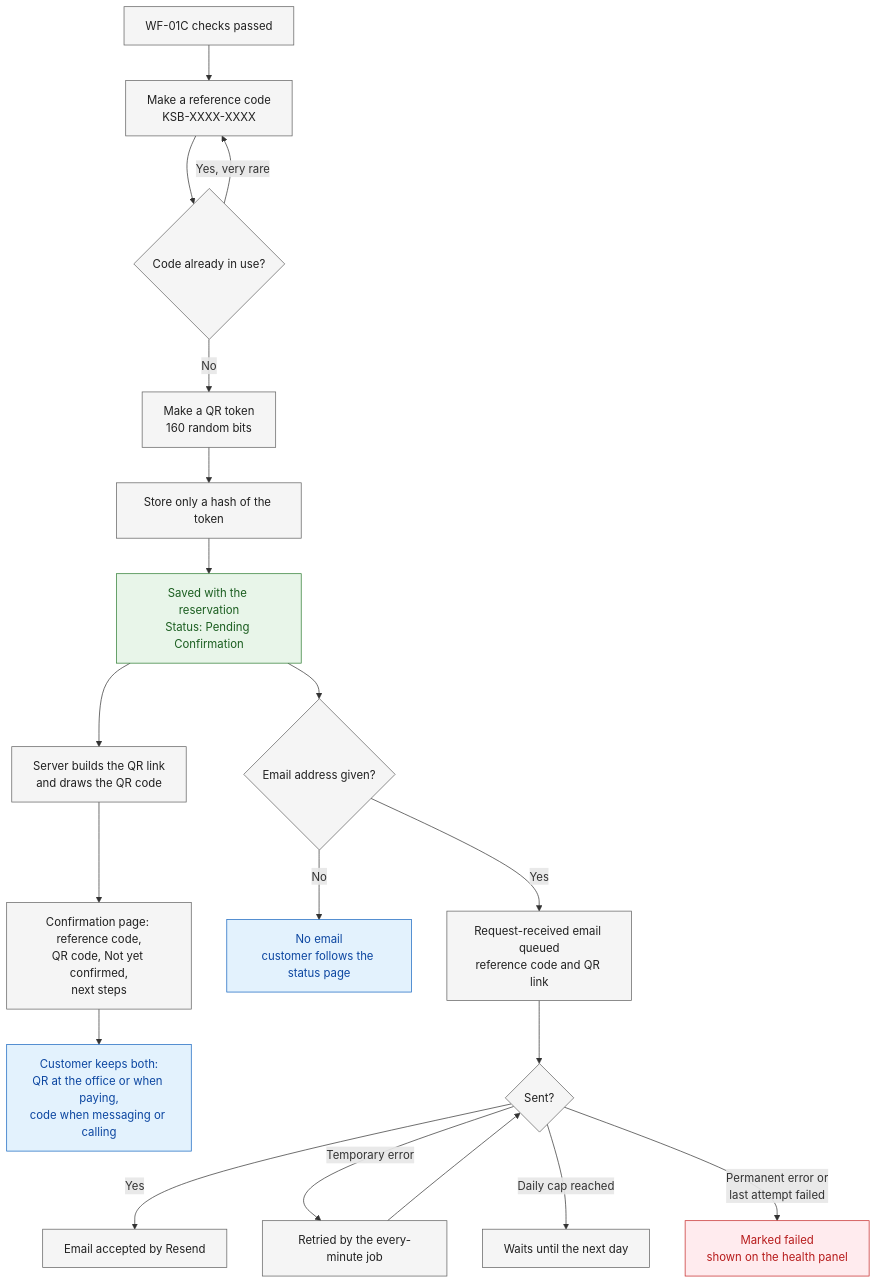
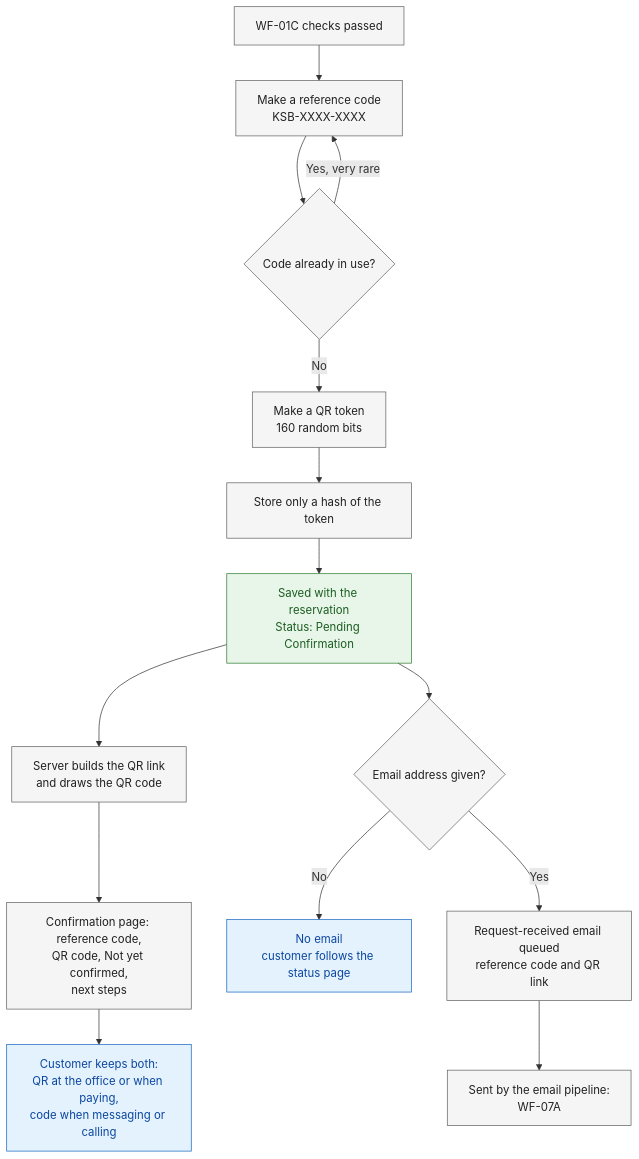
Before and after one commit to DevNarvs/kasoundbox-2026: the seventh of 8 diagrams in docs/03-workflows/booking-and-submission.md, drawn with Mermaid. The commit also changed other lines of this file and 6 other files, not shown here.

````diff
--- a/docs/03-workflows/booking-and-submission.md
+++ b/docs/03-workflows/booking-and-submission.md
@@ -566,30 +577,24 @@
 ```mermaid
 flowchart TD
     G1["WF-01C checks passed"] --> G2["Make a reference code<br/>KSB-XXXX-XXXX"]
     G2 --> D1{"Code already in use?"}
     D1 -->|"Yes, very rare"| G2
     D1 -->|"No"| G3["Make a QR token<br/>160 random bits"]
     G3 --> G4["Store only a hash of the token"]
     G4 --> ST1["Saved with the reservation<br/>Status: Pending Confirmation"]
     ST1 --> G5["Server builds the QR link<br/>and draws the QR code"]
     G5 --> G6["Confirmation page: reference code,<br/>QR code, Not yet confirmed,<br/>next steps"]
     G6 --> G7["Customer keeps both:<br/>QR at the office or when paying,<br/>code when messaging or calling"]
     ST1 --> D2{"Email address given?"}
     D2 -->|"No"| G8["No email<br/>customer follows the status page"]
     D2 -->|"Yes"| G9["Request-received email queued<br/>reference code and QR link"]
-    G9 --> D3{"Sent?"}
-    D3 -->|"Yes"| G10["Email accepted by Resend"]
-    D3 -->|"Temporary error"| G11["Retried by the every-minute job"]
-    G11 --> D3
-    D3 -->|"Daily cap reached"| G12["Waits until the next day"]
-    D3 -->|"Permanent error or<br/>last attempt failed"| X1["Marked failed<br/>shown on the health panel"]
+    G9 --> G10["Sent by the email pipeline:<br/>WF-07A"]
     classDef customer fill:#e3f2fd,stroke:#1565c0,color:#0d47a1
     classDef system fill:#f5f5f5,stroke:#616161,color:#212121
     classDef admin fill:#fff3e0,stroke:#ef6c00,color:#e65100
     classDef status fill:#e8f5e9,stroke:#2e7d32,color:#1b5e20
     classDef failure fill:#ffebee,stroke:#c62828,color:#b71c1c
     class G7,G8 customer
-    class G1,G2,D1,G3,G4,G5,G6,D2,G9,D3,G10,G11,G12 system
+    class G1,G2,D1,G3,G4,G5,G6,D2,G9,G10 system
     class ST1 status
-    class X1 failure
 ```
````
